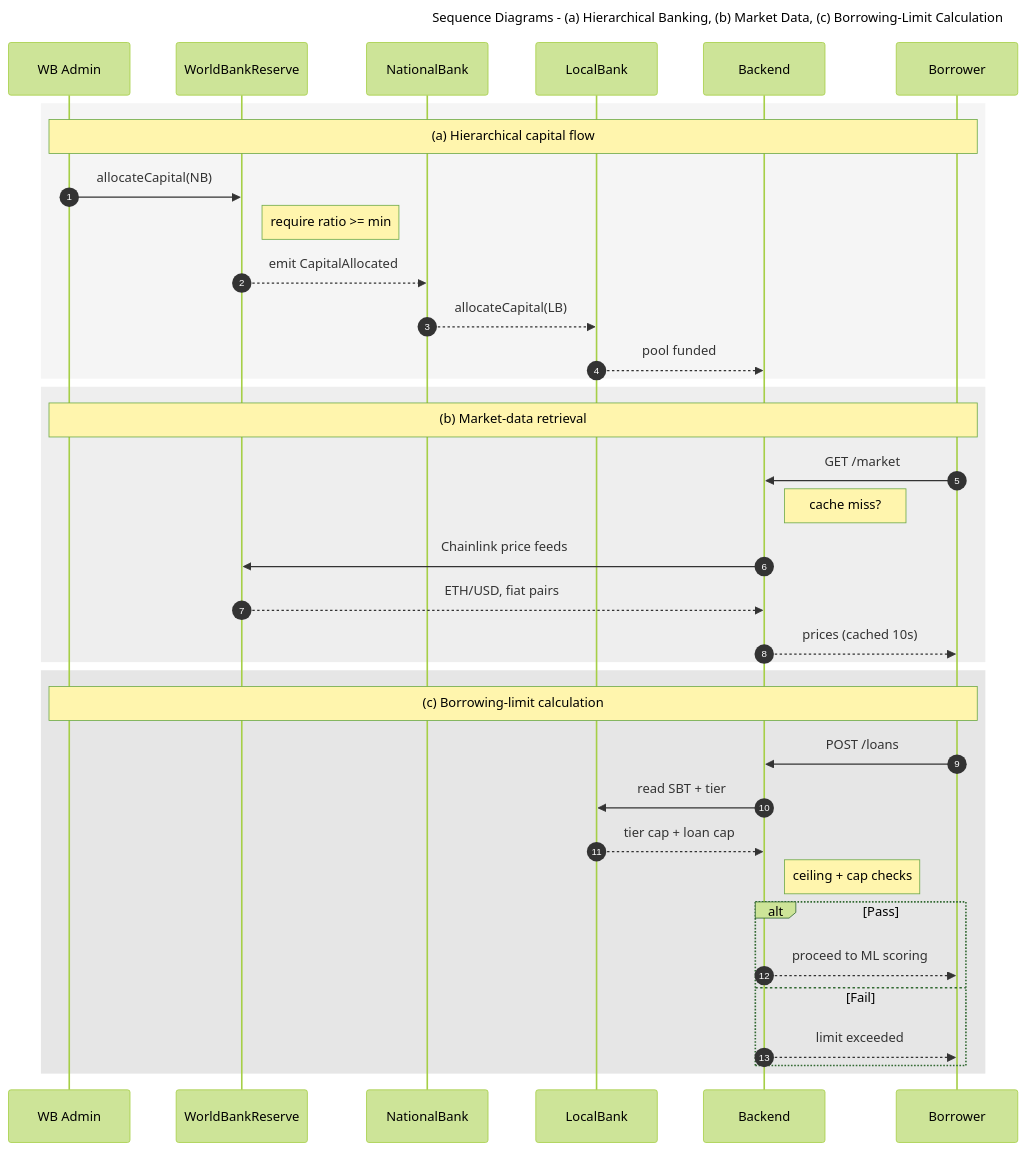
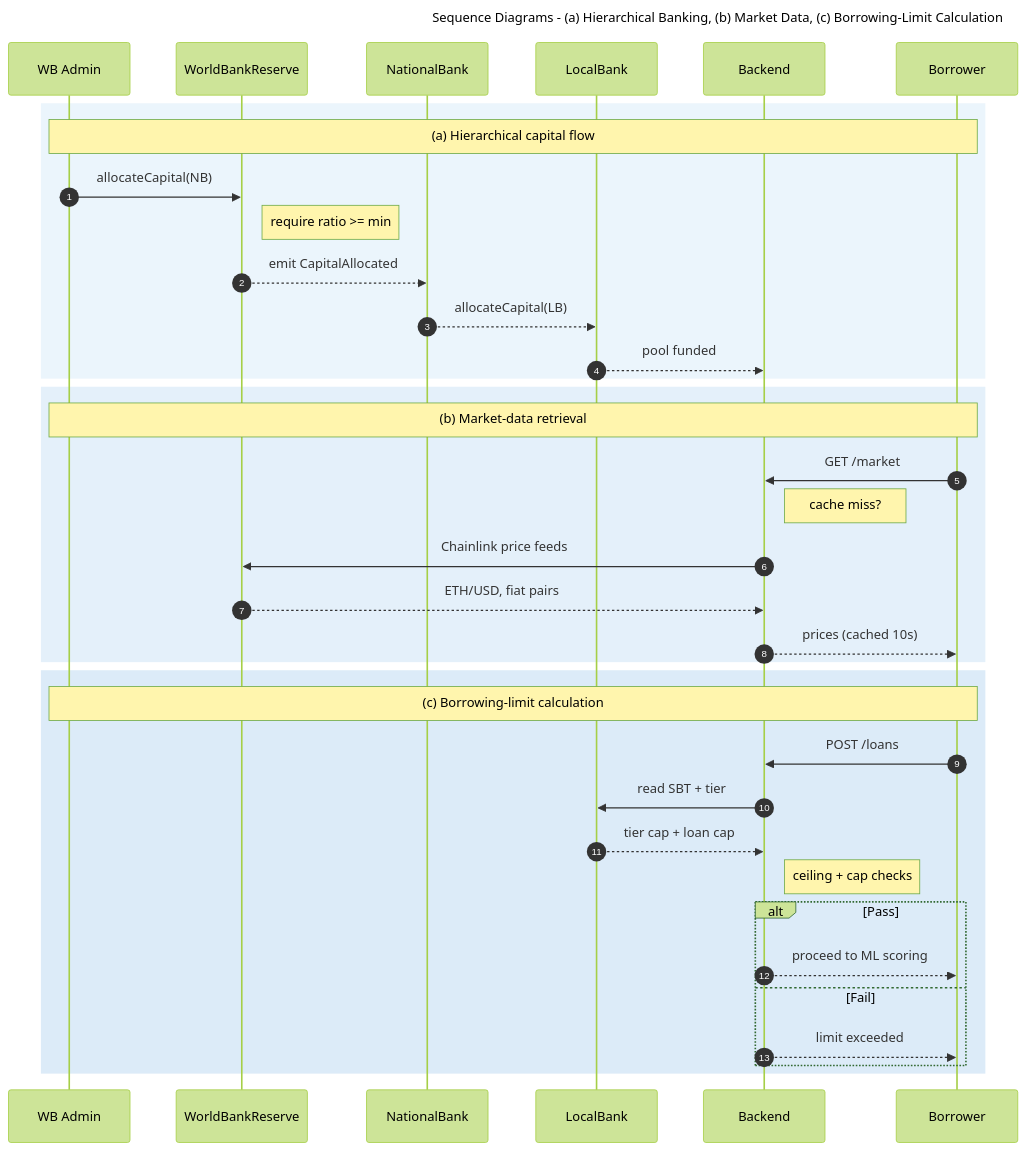
One commit to Yuvraajrahman/Cryto-World-Bank changed the diagram in Documentation/Previous plans/Old Diagrams/mermaid-src/improved diagrams/fig-seq-banking-data.mmd. Above: the diagram before and after it, drawn with Mermaid (forest theme). The commit also changed 11 other files, not shown here.

First line of the commit message:
Use light blue backgrounds for Mermaid note and section panels.

```diff
--- a/Documentation/Previous plans/Old Diagrams/mermaid-src/improved diagrams/fig-seq-banking-data.mmd
+++ b/Documentation/Previous plans/Old Diagrams/mermaid-src/improved diagrams/fig-seq-banking-data.mmd
@@ -1,42 +1,42 @@
 ---
 title: Sequence Diagrams - (a) Hierarchical Banking, (b) Market Data, (c) Borrowing-Limit Calculation
 ---
 sequenceDiagram
     autonumber
     participant WBA as WB Admin
     participant WB as WorldBankReserve
     participant NB as NationalBank
     participant LB as LocalBank
     participant API as Backend
     participant U as Borrower
 
-    rect rgb(245,245,245)
+    rect rgb(235,245,252)
         Note over WBA,U: (a) Hierarchical capital flow
         WBA->>WB: allocateCapital(NB)
         Note right of WB: require ratio >= min
         WB-->>NB: emit CapitalAllocated
         NB-->>LB: allocateCapital(LB)
         LB-->>API: pool funded
     end
 
-    rect rgb(238,238,238)
+    rect rgb(228,240,250)
         Note over WBA,U: (b) Market-data retrieval
         U->>API: GET /market
         Note right of API: cache miss?
         API->>WB: Chainlink price feeds
         WB-->>API: ETH/USD, fiat pairs
         API-->>U: prices (cached 10s)
     end
 
-    rect rgb(230,230,230)
+    rect rgb(220,235,248)
         Note over WBA,U: (c) Borrowing-limit calculation
         U->>API: POST /loans
         API->>LB: read SBT + tier
         LB-->>API: tier cap + loan cap
         Note right of API: ceiling + cap checks
         alt Pass
             API-->>U: proceed to ML scoring
         else Fail
             API-->>U: limit exceeded
         end
     end
```
